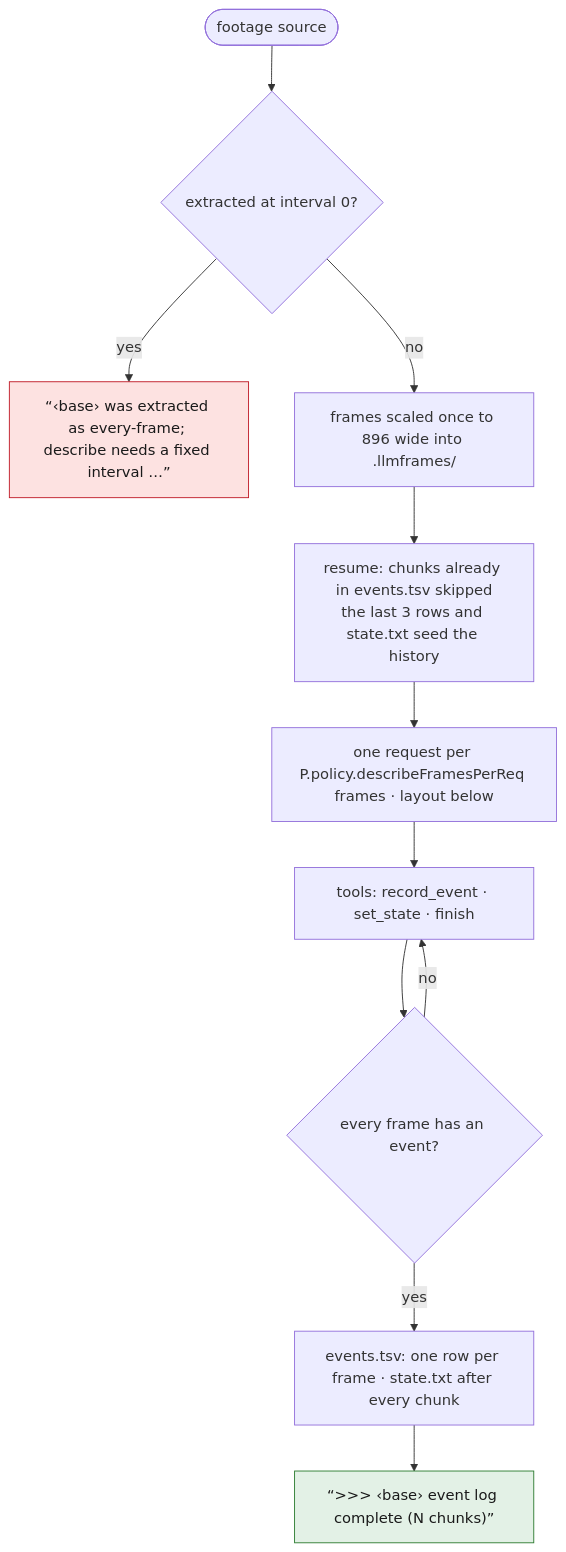
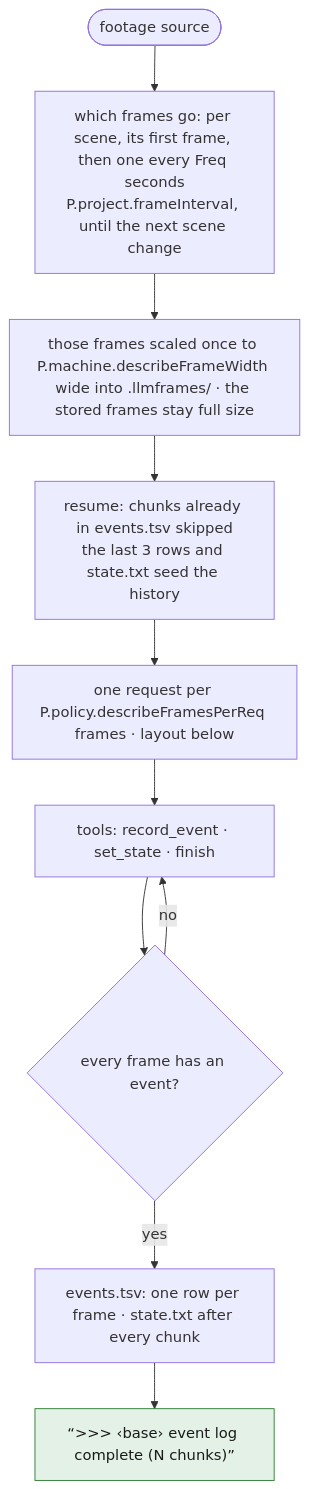
The seventh of 12 diagrams in spec/04-prepare.md (tbocek/naivepost), drawn with Mermaid before and after one commit. The commit also changed other lines of this file and 24 other files, not shown here.

````diff
--- a/spec/04-prepare.md
+++ b/spec/04-prepare.md
@@ -195,16 +201,15 @@
 ```mermaid
 flowchart TD
-  A(["footage source"]) --> I{"extracted at interval 0?"}
-  I -- yes --> R["“‹base› was extracted as every-frame; describe needs a fixed interval …”"]:::refuse
-  I -- no --> SC["frames scaled once to 896 wide into .llmframes/"]
+  A(["footage source"]) --> PICK["which frames go: per scene, its first frame, then one every Freq seconds<br/>P.project.frameInterval, until the next scene change"]
+  PICK --> SC["those frames scaled once to P.machine.describeFrameWidth wide into .llmframes/ · the stored frames stay full size"]
   SC --> RES["resume: chunks already in events.tsv skipped<br/>the last 3 rows and state.txt seed the history"]
   RES --> REQ["one request per P.policy.describeFramesPerReq frames · layout below"]
   REQ --> T["tools: record_event · set_state · finish"]
   T --> F{"every frame has an event?"}
   F -- no --> T
   F -- yes --> W["events.tsv: one row per frame · state.txt after every chunk"]
   W --> DONE["“>>> ‹base› event log complete (N chunks)”"]:::done
   classDef refuse fill:#fde2e1,stroke:#c01c28,color:#1a1a1a
   classDef done fill:#e3f1e6,stroke:#2e7d32,color:#1a1a1a
   classDef ask fill:#e8eefc,stroke:#3a63c8,color:#1a1a1a
 ```
````
